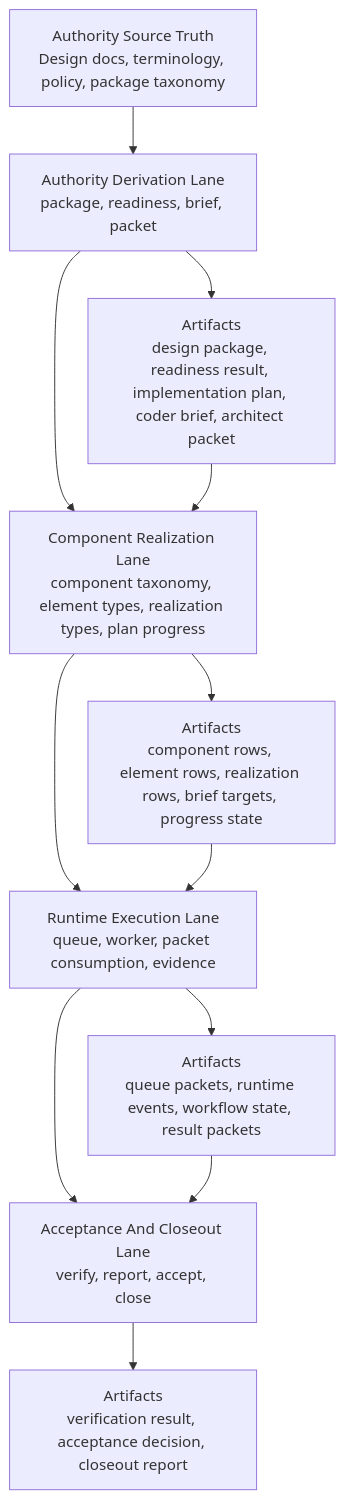
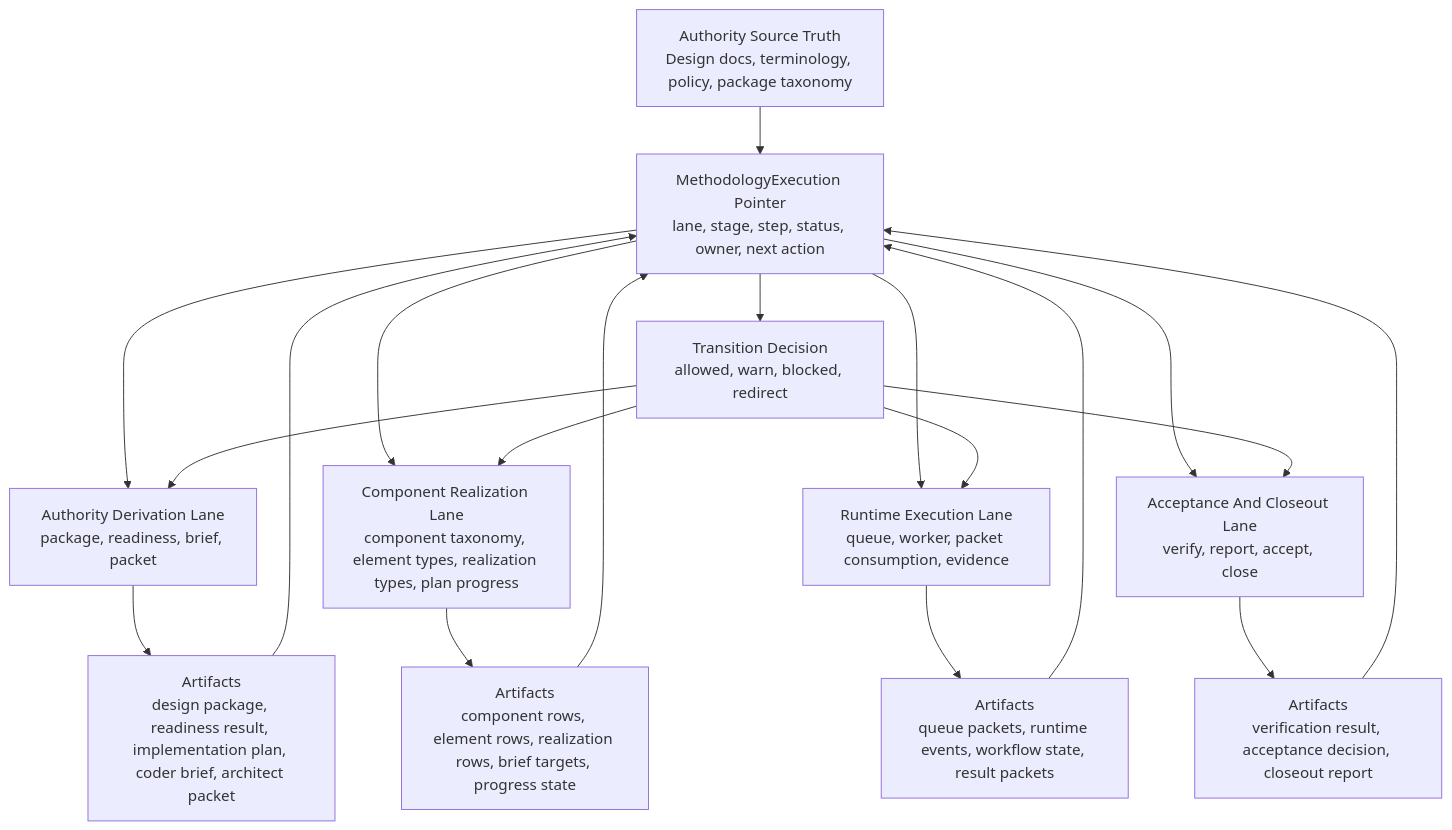
The first of 2 diagrams in docs/3_Plan/2026-06-04-paa-python-methodology-workflow-and-build-sequence.md (billyweisberg/paa-platform), drawn with Mermaid before and after one commit. The commit also changed other lines of this file and 1 other file, not shown here.

Commit message:
Make methodology pointer explicit in Python build plan

````diff
--- a/docs/3_Plan/2026-06-04-paa-python-methodology-workflow-and-build-sequence.md
+++ b/docs/3_Plan/2026-06-04-paa-python-methodology-workflow-and-build-sequence.md
@@ -54,16 +92,24 @@
 ```mermaid
 flowchart TD
-    A["Authority Source Truth\nDesign docs, terminology, policy, package taxonomy"] --> B["Authority Derivation Lane\npackage, readiness, brief, packet"]
-    B --> C["Component Realization Lane\ncomponent taxonomy, element types, realization types, plan progress"]
-    C --> D["Runtime Execution Lane\nqueue, worker, packet consumption, evidence"]
-    D --> E["Acceptance And Closeout Lane\nverify, report, accept, close"]
+    A["Authority Source Truth\nDesign docs, terminology, policy, package taxonomy"] --> P["MethodologyExecution Pointer\nlane, stage, step, status, owner, next action"]
+    P --> B["Authority Derivation Lane\npackage, readiness, brief, packet"]
+    P --> C["Component Realization Lane\ncomponent taxonomy, element types, realization types, plan progress"]
+    P --> D["Runtime Execution Lane\nqueue, worker, packet consumption, evidence"]
+    P --> E["Acceptance And Closeout Lane\nverify, report, accept, close"]
 
     B --> B1["Artifacts\ndesign package, readiness result, implementation plan, coder brief, architect packet"]
     C --> C1["Artifacts\ncomponent rows, element rows, realization rows, brief targets, progress state"]
     D --> D1["Artifacts\nqueue packets, runtime events, workflow state, result packets"]
     E --> E1["Artifacts\nverification result, acceptance decision, closeout report"]
 
-    B1 --> C
-    C1 --> D
-    D1 --> E
+    B1 --> P
+    C1 --> P
+    D1 --> P
+    E1 --> P
+
+    P --> T["Transition Decision\nallowed, warn, blocked, redirect"]
+    T --> B
+    T --> C
+    T --> D
+    T --> E
 ```
````
